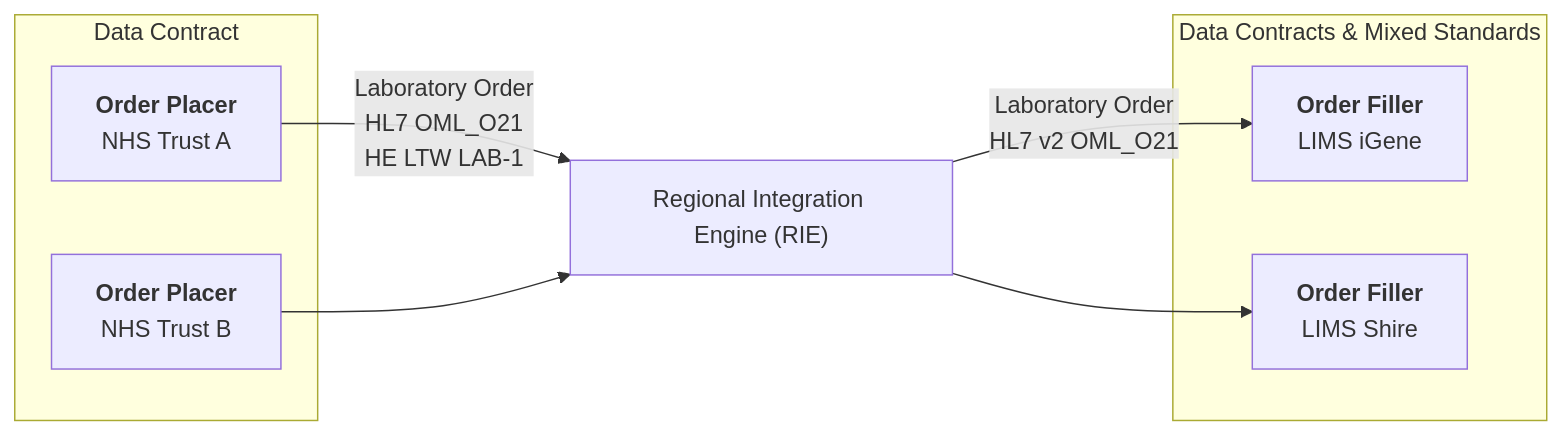
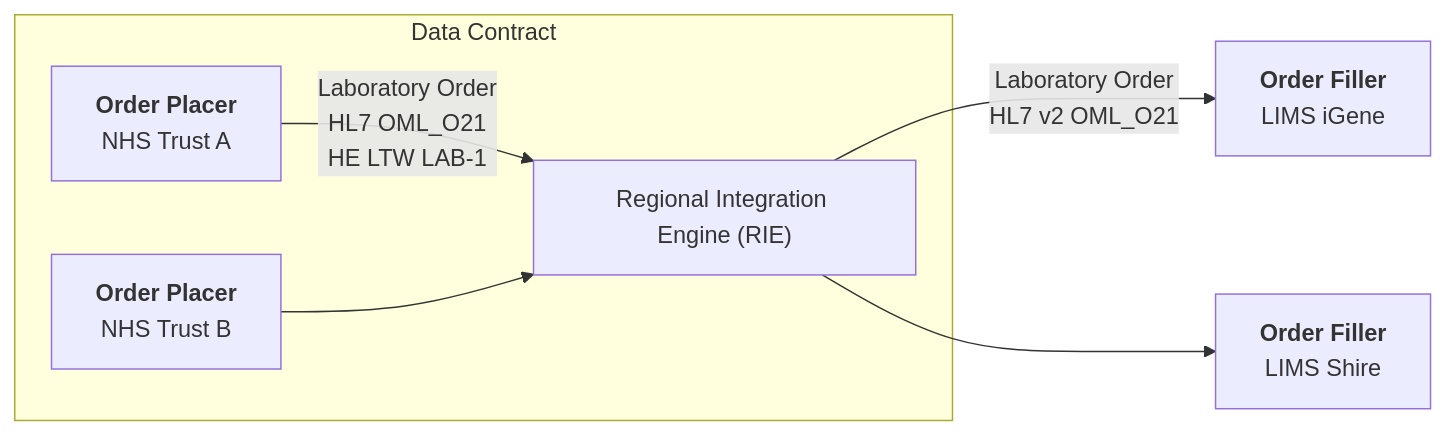
One commit to uk-gov-mirror/nw-gmsa.nw-gmsa.github.com changed the third of 6 diagrams in input/pagecontent/index.md. Above: the diagram before and after it, drawn with Mermaid. The commit also changed other lines of this file, not shown here.

````diff
--- a/input/pagecontent/index.md
+++ b/input/pagecontent/index.md
@@ -51,18 +51,18 @@
 ```mermaid
 graph LR
   
-    RIE["Regional Integration Engine (RIE)"]
+    
     NHSA --> |Laboratory Order<br/>HL7 OML_O21<br/>HE LTW LAB-1| RIE
     NHSB --> RIE
     RIE --> |Laboratory Order<br/>HL7 v2 OML_O21| LIMSA
     RIE --> LIMSB
 
     subgraph DataContracts[Data Contract]
+    RIE["Regional Integration Engine (RIE)"]
         NHSA[<b>Order Placer</b><br/>NHS Trust A]
         NHSB[<b>Order Placer</b><br/>NHS Trust B] 
     end 
-      subgraph Multiple[Data Contracts & Mixed Standards]
-        LIMSA[<b>Order Filler</b><br>LIMS iGene]
-        LIMSB[<b>Order Filler</b><br>LIMS Shire]
-    end
+    LIMSA[<b>Order Filler</b><br>LIMS iGene]
+    LIMSB[<b>Order Filler</b><br>LIMS Shire]
+    
 ```
````
